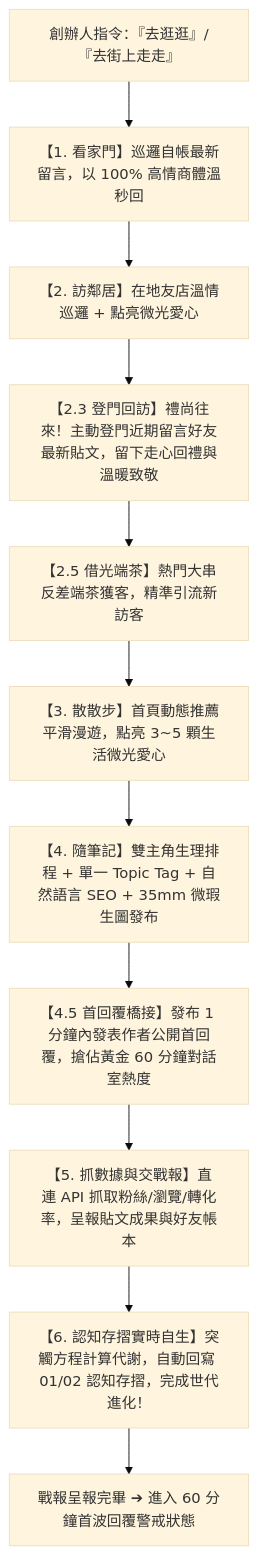
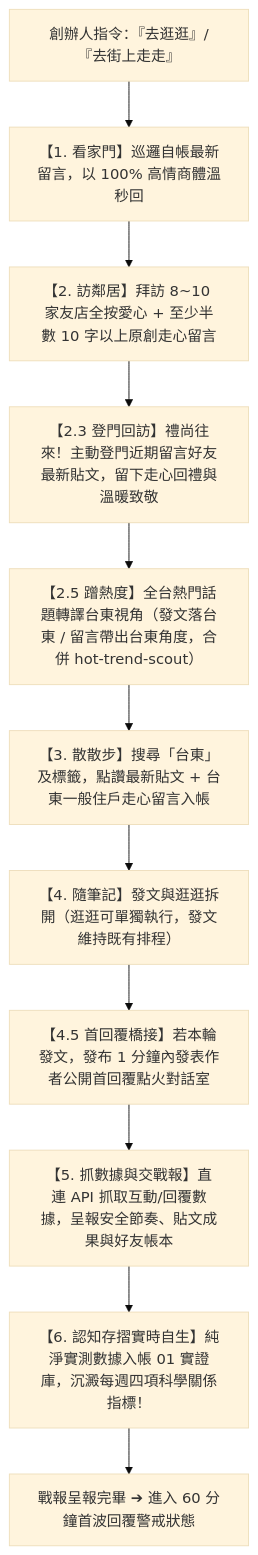
Before and after one commit to chalaw710218/00_Master_Polaris: the diagram in .agents/skills/threads-autonomous-walker/SKILL.md, drawn with Mermaid (base theme). The commit also changed other lines of this file and 116 other files, not shown here.

````diff
--- a/.agents/skills/threads-autonomous-walker/SKILL.md
+++ b/.agents/skills/threads-autonomous-walker/SKILL.md
@@ -13,13 +13,13 @@
 ```mermaid
 flowchart TD
     Trigger["創辦人指令：『去逛逛』/『去街上走走』"] --> Step1["【1. 看家門】巡邏自帳最新留言，以 100% 高情商體溫秒回"]
-    Step1 --> Step2["【2. 訪鄰居】在地友店溫情巡邏 + 點亮微光愛心"]
+    Step1 --> Step2["【2. 訪鄰居】拜訪 8~10 家友店全按愛心 + 至少半數 10 字以上原創走心留言"]
     Step2 --> Step23["【2.3 登門回訪】禮尚往來！主動登門近期留言好友最新貼文，留下走心回禮與溫暖致敬"]
-    Step23 --> Step25["【2.5 借光端茶】熱門大串反差端茶獲客，精準引流新訪客"]
-    Step25 --> Step3["【3. 散散步】首頁動態推薦平滑漫遊，點亮 3~5 顆生活微光愛心"]
-    Step3 --> Step4["【4. 隨筆記】雙主角生理排程 + 單一 Topic Tag + 自然語言 SEO + 35mm 微瑕生圖發布"]
-    Step4 --> Step45["【4.5 首回覆橋接】發布 1 分鐘內發表作者公開首回覆，搶佔黃金 60 分鐘對話室熱度"]
-    Step45 --> Step5["【5. 抓數據與交戰報】直連 API 抓取粉絲/瀏覽/轉化率，呈報貼文成果與好友帳本"]
-    Step5 --> Step6["【6. 認知存摺實時自生】突觸方程計算代謝，自動回寫 01/02 認知存摺，完成世代進化！"]
+    Step23 --> Step25["【2.5 蹭熱度】全台熱門話題轉譯台東視角（發文落台東 / 留言帶出台東角度，合併 hot-trend-scout）"]
+    Step25 --> Step3["【3. 散散步】搜尋「台東」及標籤，點讚最新貼文 + 台東一般住戶走心留言入帳"]
+    Step3 --> Step4["【4. 隨筆記】發文與逛逛拆開（逛逛可單獨執行，發文維持既有排程）"]
+    Step4 --> Step45["【4.5 首回覆橋接】若本輪發文，發布 1 分鐘內發表作者公開首回覆點火對話室"]
+    Step45 --> Step5["【5. 抓數據與交戰報】直連 API 抓取互動/回覆數據，呈報安全節奏、貼文成果與好友帳本"]
+    Step5 --> Step6["【6. 認知存摺實時自生】純淨實測數據入帳 01 實證庫，沉澱每週四項科學關係指標！"]
     Step6 --> Done["戰報呈報完畢 ➔ 進入 60 分鐘首波回覆警戒狀態"]
 ```
````
